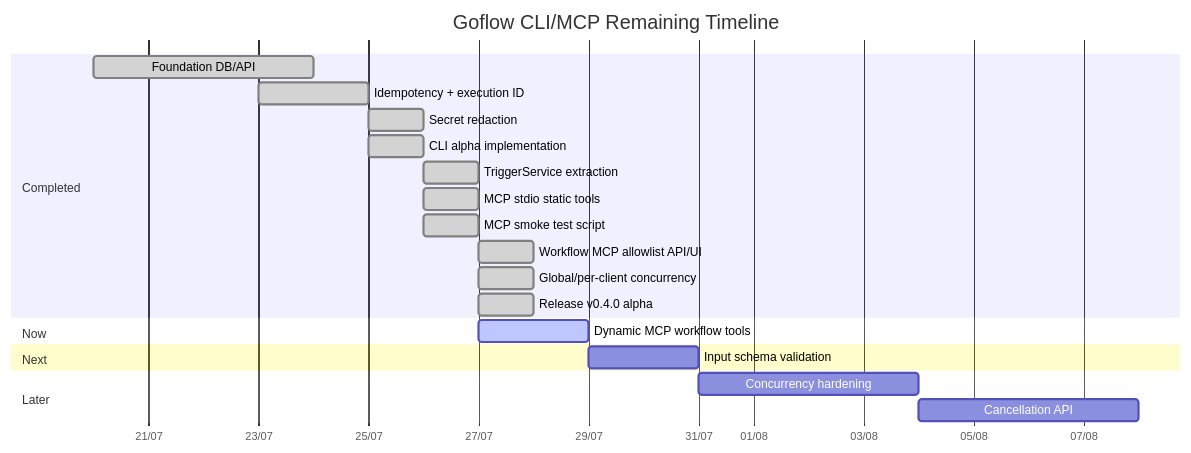
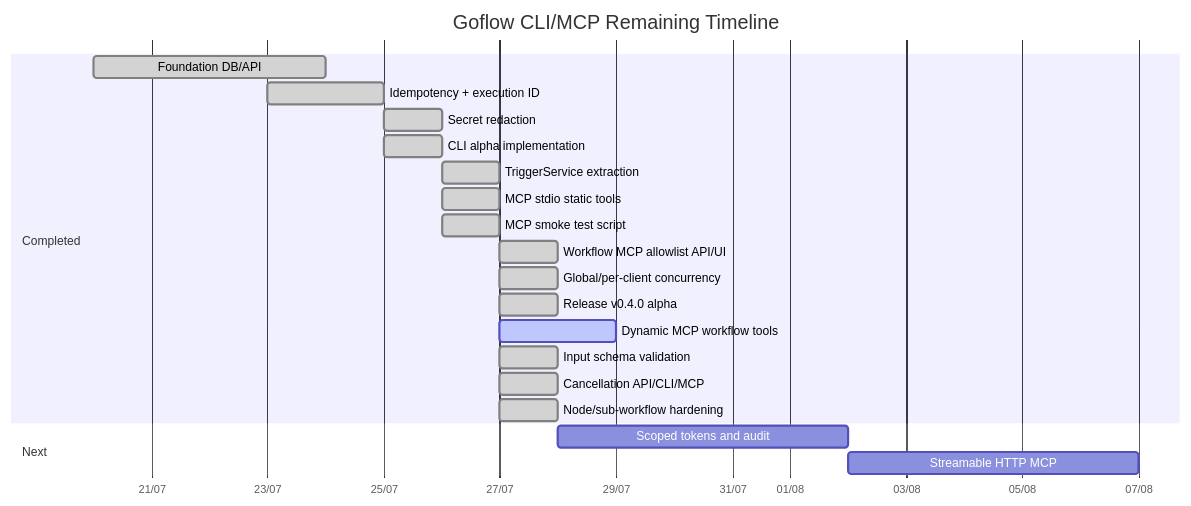
The second of 2 diagrams in ROADMAP_PROGRESS.md (hstptcn5/Goflow), drawn with Mermaid before and after one commit. The commit also changed other lines of this file and 22 other files, not shown here.

First line of the commit message:
Input validation, cancellation & node limits

````diff
--- a/ROADMAP_PROGRESS.md
+++ b/ROADMAP_PROGRESS.md
@@ -60,28 +73,26 @@
 ```mermaid
 gantt
     title Goflow CLI/MCP Remaining Timeline
     dateFormat  YYYY-MM-DD
     axisFormat  %d/%m
 
     section Completed
     Foundation DB/API             :done, f1, 2026-07-20, 4d
     Idempotency + execution ID     :done, f2, 2026-07-23, 2d
     Secret redaction               :done, f3, 2026-07-25, 1d
     CLI alpha implementation       :done, cli1, 2026-07-25, 1d
     TriggerService extraction      :done, svc1, 2026-07-26, 1d
     MCP stdio static tools         :done, mcp1, 2026-07-26, 1d
     MCP smoke test script          :done, mcp2, 2026-07-26, 1d
     Workflow MCP allowlist API/UI  :done, mcp3, 2026-07-27, 1d
     Global/per-client concurrency  :done, hard0, 2026-07-27, 1d
     Release v0.4.0 alpha           :done, rel1, 2026-07-27, 1d
-
-    section Now
     Dynamic MCP workflow tools     :active, mcp4, 2026-07-27, 2d
+    Input schema validation        :done, mcp5, 2026-07-27, 1d
+    Cancellation API/CLI/MCP       :done, hard2, 2026-07-27, 1d
+    Node/sub-workflow hardening    :done, hard1, 2026-07-27, 1d
 
     section Next
-    Input schema validation        :mcp5, after mcp4, 2d
-
-    section Later
-    Concurrency hardening          :hard1, after mcp5, 4d
-    Cancellation API               :hard2, after hard1, 4d
+    Scoped tokens and audit        :sec1, after hard1, 5d
+    Streamable HTTP MCP            :http1, after sec1, 5d
 ```
````
